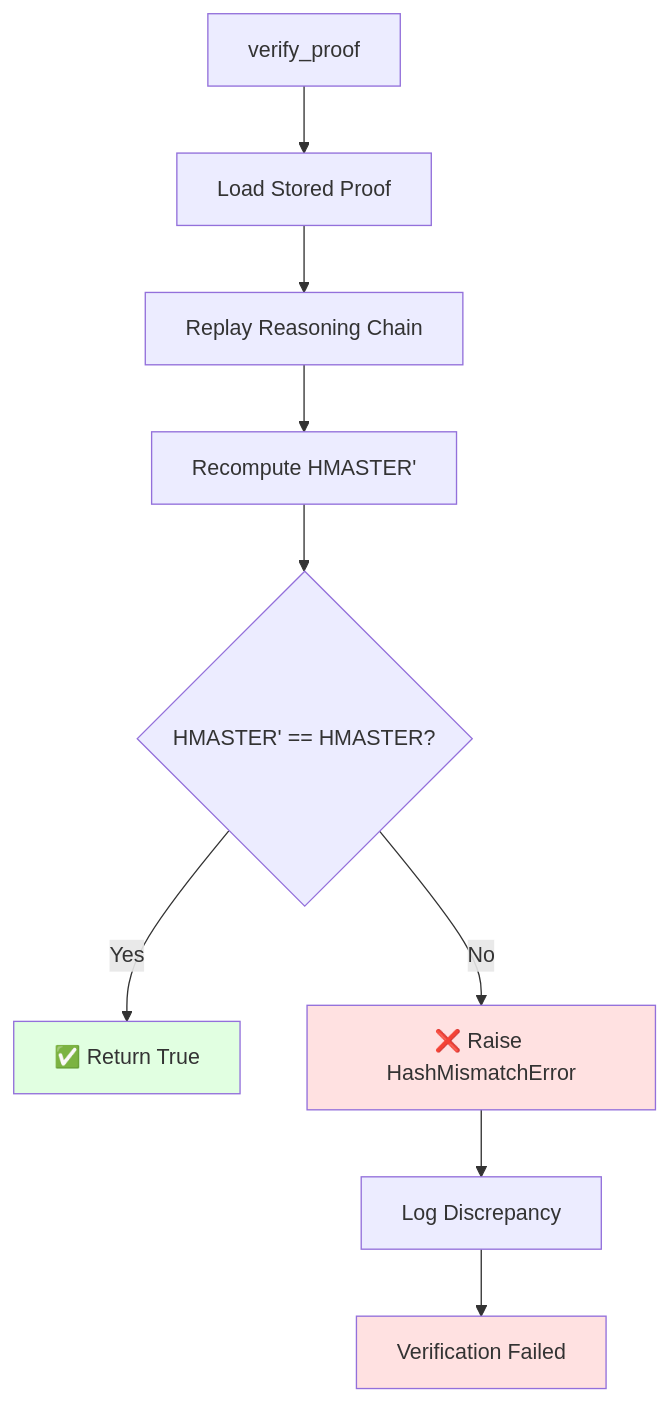
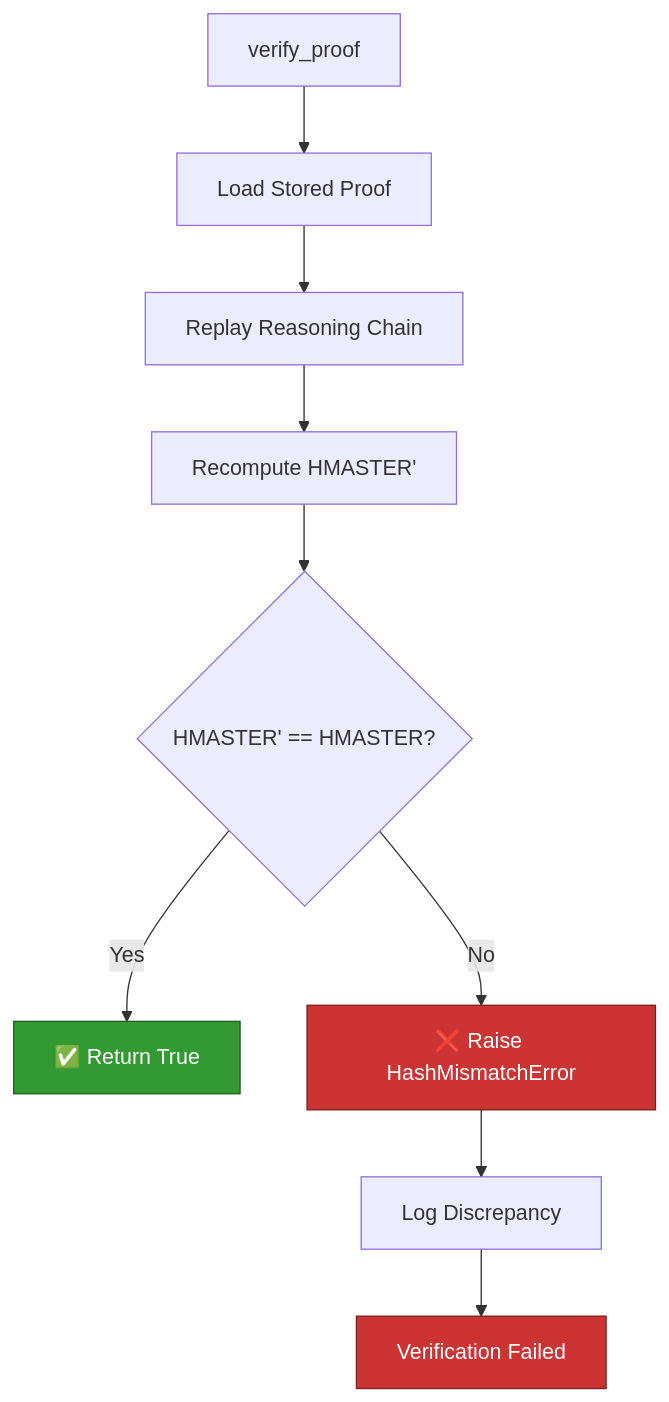
Before and after one commit to kushagrab21/BOR-SDK: the fifth of 10 diagrams in docs/BoR_Execution_Trace_Report.md, drawn with Mermaid. The commit also changed other lines of this file, not shown here.

Commit message:
Fix Mermaid diagram colors: darker fills with white text for better visibility

````diff
--- a/docs/BoR_Execution_Trace_Report.md
+++ b/docs/BoR_Execution_Trace_Report.md
@@ -691,17 +691,17 @@
 ```mermaid
 flowchart TD
     START[verify_proof] --> LOAD[Load Stored Proof]
     LOAD --> REPLAY[Replay Reasoning Chain]
     REPLAY --> RECOMPUTE[Recompute HMASTER']
     RECOMPUTE --> COMPARE{HMASTER' == HMASTER?}
     
     COMPARE -->|Yes| SUCCESS[✅ Return True]
     COMPARE -->|No| ERROR[❌ Raise HashMismatchError]
     
     ERROR --> LOG[Log Discrepancy]
     LOG --> HALT[Verification Failed]
     
-    style SUCCESS fill:#e1ffe1
-    style ERROR fill:#ffe1e1
-    style HALT fill:#ffe1e1
+    style SUCCESS fill:#339933,stroke:#1f5e1f,color:#fff
+    style ERROR fill:#cc3333,stroke:#801f1f,color:#fff
+    style HALT fill:#cc3333,stroke:#801f1f,color:#fff
 ```
````
